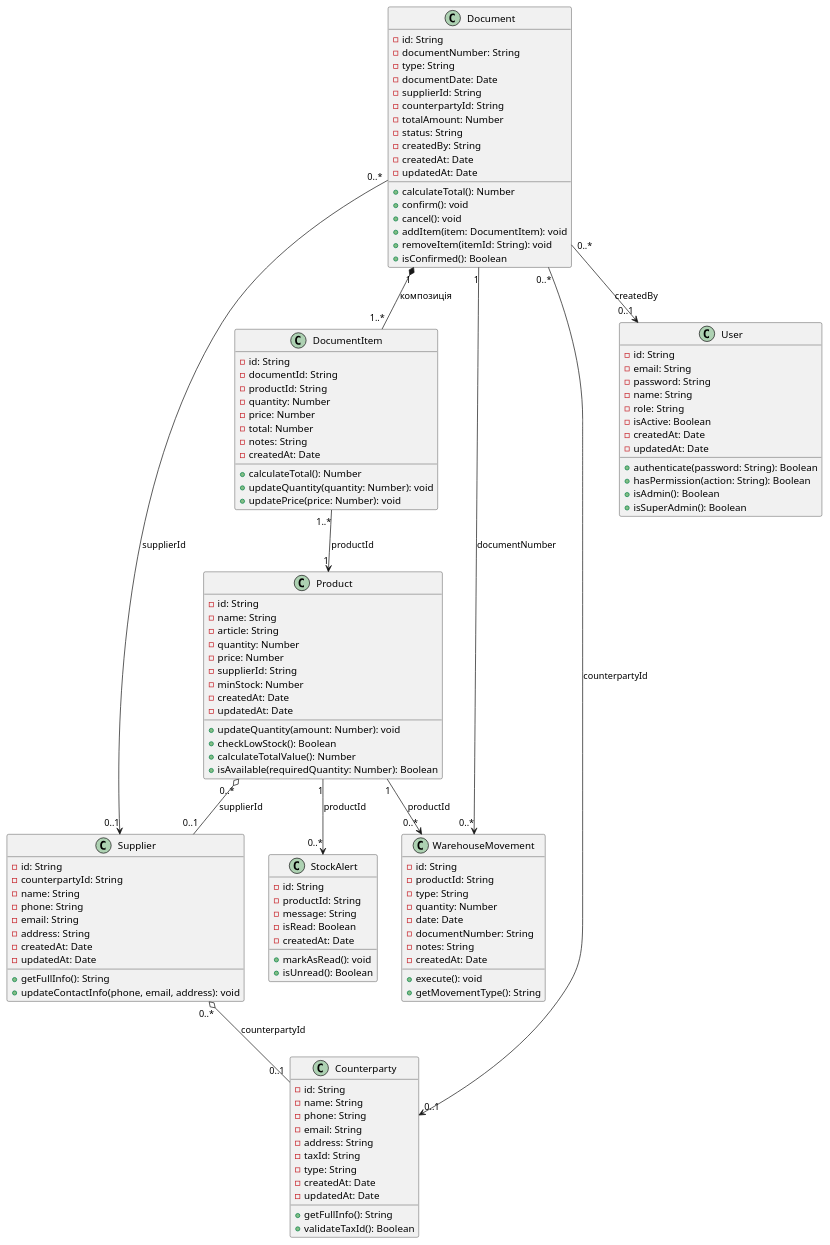
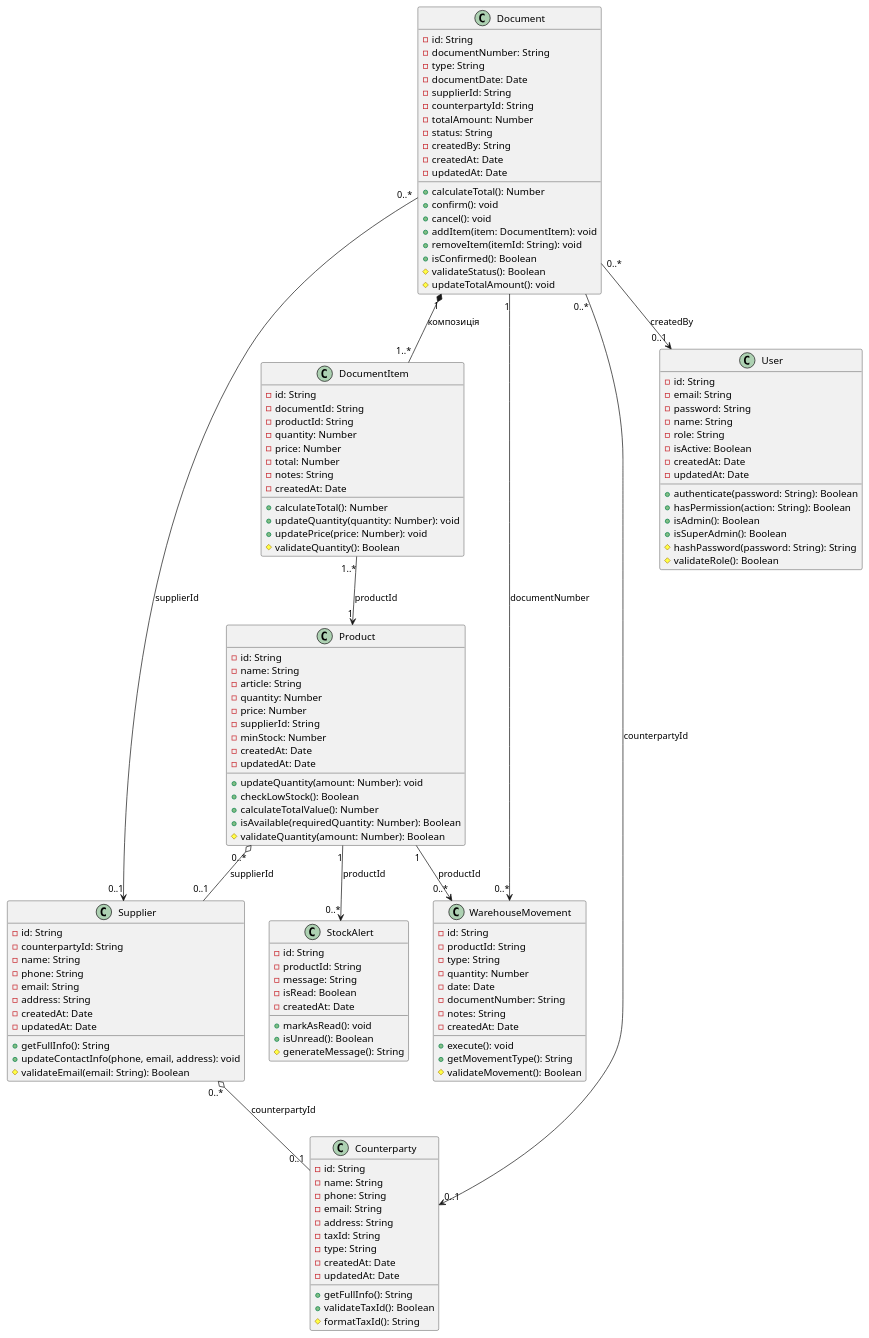
The second of 2 diagrams in README.md (Andriy723/Patterns_coursework), drawn with PlantUML before and after one commit.

```diff
--- a/README.md
+++ b/README.md
@@ -413,6 +413,7 @@
     + checkLowStock(): Boolean
     + calculateTotalValue(): Number
     + isAvailable(requiredQuantity: Number): Boolean
+    # validateQuantity(amount: Number): Boolean
 }
 
 class Supplier {
@@ -426,6 +427,7 @@
     - updatedAt: Date
     + getFullInfo(): String
     + updateContactInfo(phone, email, address): void
+    # validateEmail(email: String): Boolean
 }
 
 class Counterparty {
@@ -440,6 +442,7 @@
     - updatedAt: Date
     + getFullInfo(): String
     + validateTaxId(): Boolean
+    # formatTaxId(): String
 }
 
 class Document {
@@ -460,6 +463,8 @@
     + addItem(item: DocumentItem): void
     + removeItem(itemId: String): void
     + isConfirmed(): Boolean
+    # validateStatus(): Boolean
+    # updateTotalAmount(): void
 }
 
 class DocumentItem {
@@ -474,6 +479,7 @@
     + calculateTotal(): Number
     + updateQuantity(quantity: Number): void
     + updatePrice(price: Number): void
+    # validateQuantity(): Boolean
 }
 
 class WarehouseMovement {
@@ -487,6 +493,7 @@
     - createdAt: Date
     + execute(): void
     + getMovementType(): String
+    # validateMovement(): Boolean
 }
 
 class StockAlert {
@@ -497,6 +504,7 @@
     - createdAt: Date
     + markAsRead(): void
     + isUnread(): Boolean
+    # generateMessage(): String
 }
 
 class User {
@@ -512,6 +520,8 @@
     + hasPermission(action: String): Boolean
     + isAdmin(): Boolean
     + isSuperAdmin(): Boolean
+    # hashPassword(password: String): String
+    # validateRole(): Boolean
 }
 
 ' Relationships between entities
```
